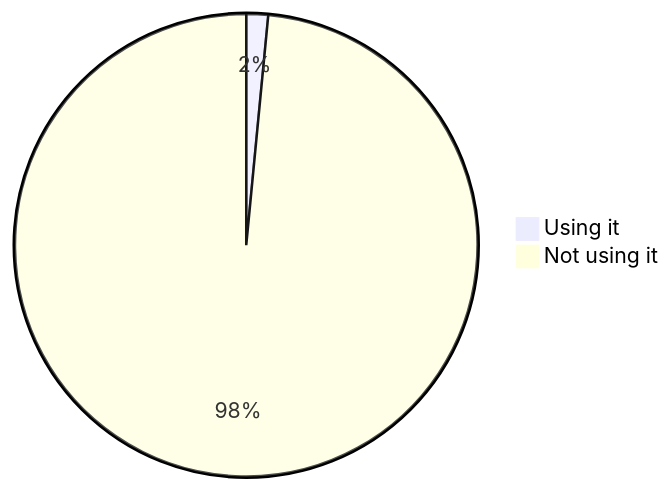
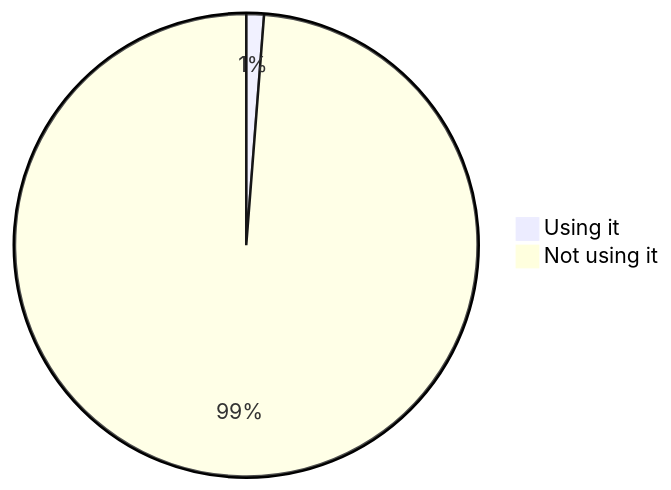
The eighth of 22 diagrams in stats.md (oshp/oshp-stats), drawn with Mermaid before and after one commit. The commit also changed other lines of this file, not shown here.

````diff
--- a/stats.md
+++ b/stats.md
@@ -94,6 +94,6 @@
 ```mermaid
 pie
-	"Using it" : 1.52
-	"Not using it" : 98.48
+	"Using it" : 1.23
+	"Not using it" : 98.77
 
 ```
````
